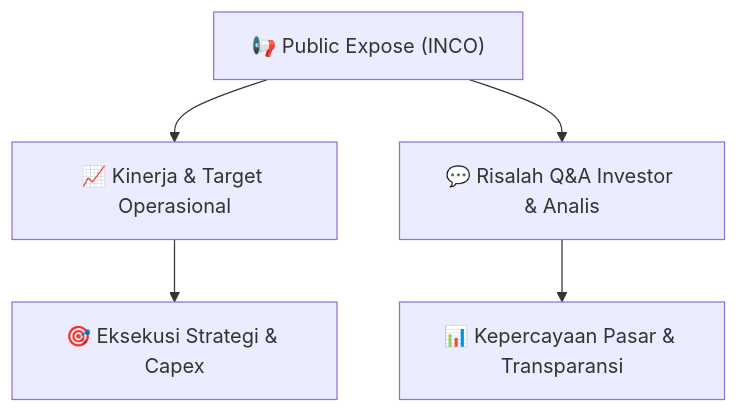
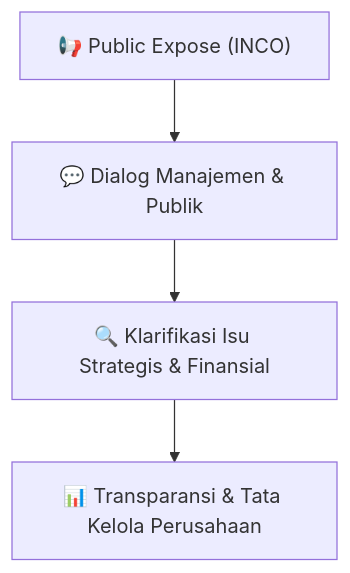
Before and after one commit to anYoneo/alphadigest-idx: the diagram in Finplan_analyst/knowledge-base/public-exposes/hasil-pubex/INCO_Public_Expose_20260916.md, drawn with Mermaid. The commit also changed other lines of this file and 526 other files, not shown here.

````diff
--- a/Finplan_analyst/knowledge-base/public-exposes/hasil-pubex/INCO_Public_Expose_20260916.md
+++ b/Finplan_analyst/knowledge-base/public-exposes/hasil-pubex/INCO_Public_Expose_20260916.md
@@ -15,7 +103,6 @@
 ```mermaid
 flowchart TD
-    A["📢 Public Expose (INCO)"] --> B["📈 Kinerja & Target Operasional"]
-    A --> C["💬 Risalah Q&A Investor & Analis"]
-    B --> D["🎯 Eksekusi Strategi & Capex"]
-    C --> E["📊 Kepercayaan Pasar & Transparansi"]
+    A["📢 Public Expose (INCO)"] --> B["💬 Dialog Manajemen & Publik"]
+    B --> C["🔍 Klarifikasi Isu Strategis & Finansial"]
+    C --> D["📊 Transparansi & Tata Kelola Perusahaan"]
 ```
````
